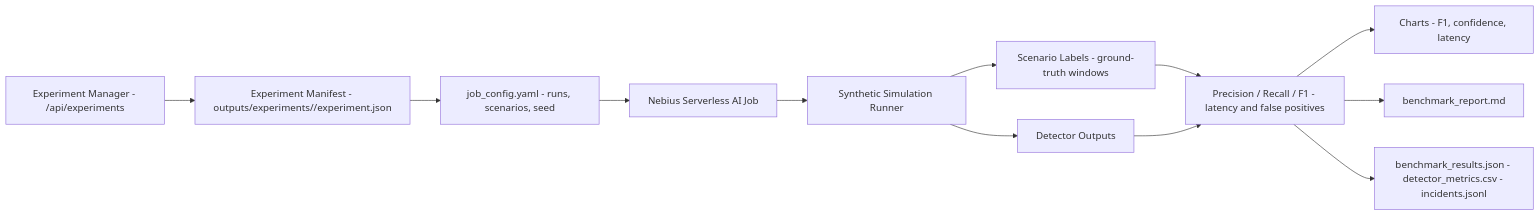
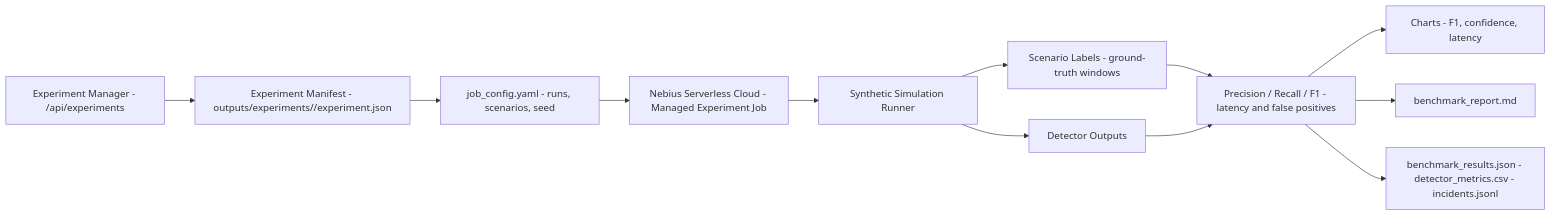
The third of 4 diagrams in docs/architecture.md (khab40/aimada), drawn with Mermaid before and after one commit. The commit also changed other lines of this file and 43 other files, not shown here.

````diff
--- a/docs/architecture.md
+++ b/docs/architecture.md
@@ -99,26 +108,26 @@
 ```mermaid
 graph LR
     ExperimentAPI["Experiment Manager - /api/experiments"]
     ExperimentManifest["Experiment Manifest - outputs/experiments/<id>/experiment.json"]
     Config["job_config.yaml - runs, scenarios, seed"]
-    Job["Nebius Serverless AI Job"]
+    Job["Nebius Serverless Cloud - Managed Experiment Job"]
     Simulation["Synthetic Simulation Runner"]
     Labels["Scenario Labels - ground-truth windows"]
     DetectorOutputs["Detector Outputs"]
     Metrics["Precision / Recall / F1 - latency and false positives"]
     Charts["Charts - F1, confidence, latency"]
     Report["benchmark_report.md"]
     Results["benchmark_results.json - detector_metrics.csv - incidents.jsonl"]
 
     ExperimentAPI --> ExperimentManifest
     ExperimentManifest --> Config
     Config --> Job
     Job --> Simulation
     Simulation --> Labels
     Simulation --> DetectorOutputs
     Labels --> Metrics
     DetectorOutputs --> Metrics
     Metrics --> Charts
     Metrics --> Report
     Metrics --> Results
 ```
````
